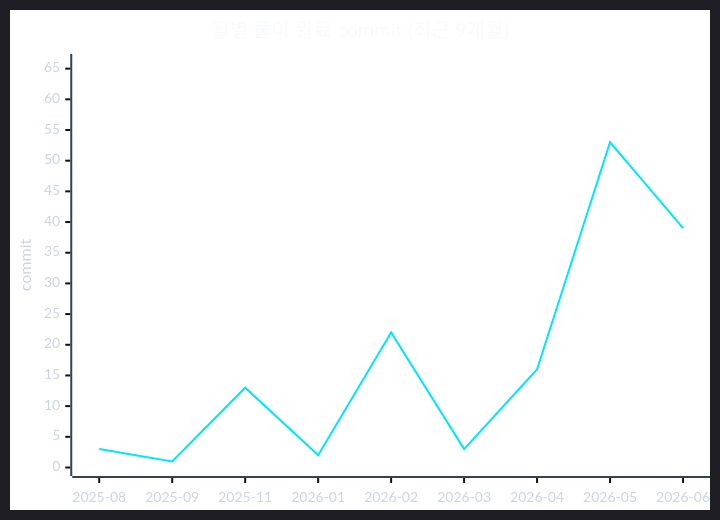
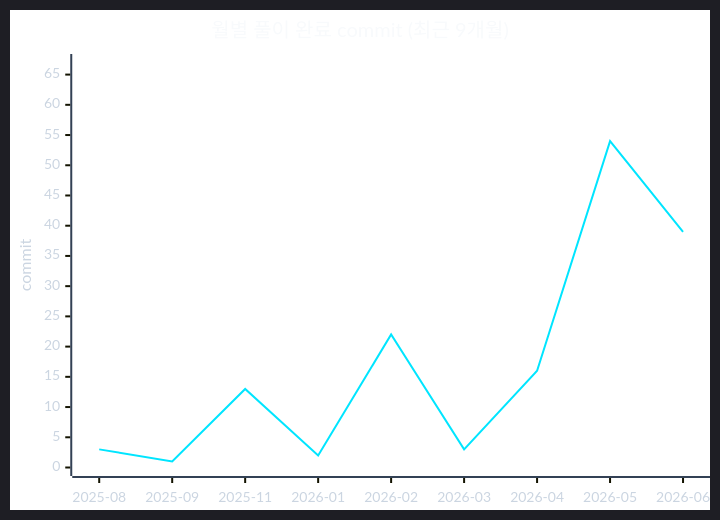
The second of 2 diagrams in readme.md (CHOOSLA/Algorithm), drawn with Mermaid before and after one commit. The commit also changed other lines of this file and 2 other files, not shown here.

````diff
--- a/readme.md
+++ b/readme.md
@@ -71,22 +71,22 @@
 ```mermaid
 ---
 config:
   theme: dark
   themeVariables:
     background: '#0d1117'
     xyChart:
       titleColor: '#f8fafc'
       xAxisLabelColor: '#cbd5e1'
       xAxisTitleColor: '#cbd5e1'
       xAxisLineColor: '#334155'
       yAxisLabelColor: '#cbd5e1'
       yAxisTitleColor: '#cbd5e1'
       yAxisLineColor: '#334155'
       plotColorPalette: '#00e5ff'
 ---
 xychart-beta
   title "월별 풀이 완료 commit (최근 9개월)"
   x-axis ["2025-08", "2025-09", "2025-11", "2026-01", "2026-02", "2026-03", "2026-04", "2026-05", "2026-06"]
-  y-axis "commit" 0 --> 66
-  line [3, 1, 13, 2, 22, 3, 16, 53, 39]
+  y-axis "commit" 0 --> 67
+  line [3, 1, 13, 2, 22, 3, 16, 54, 39]
 ```
````
